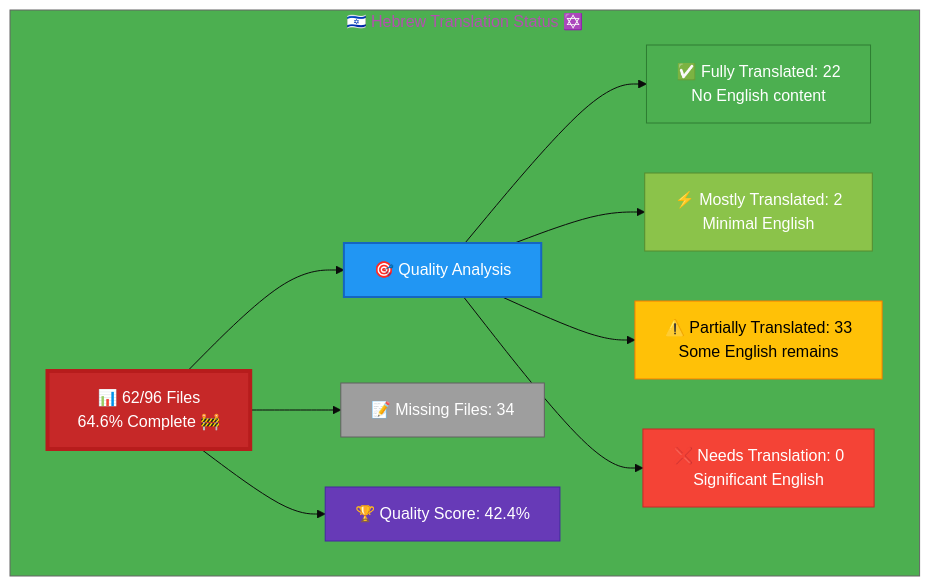
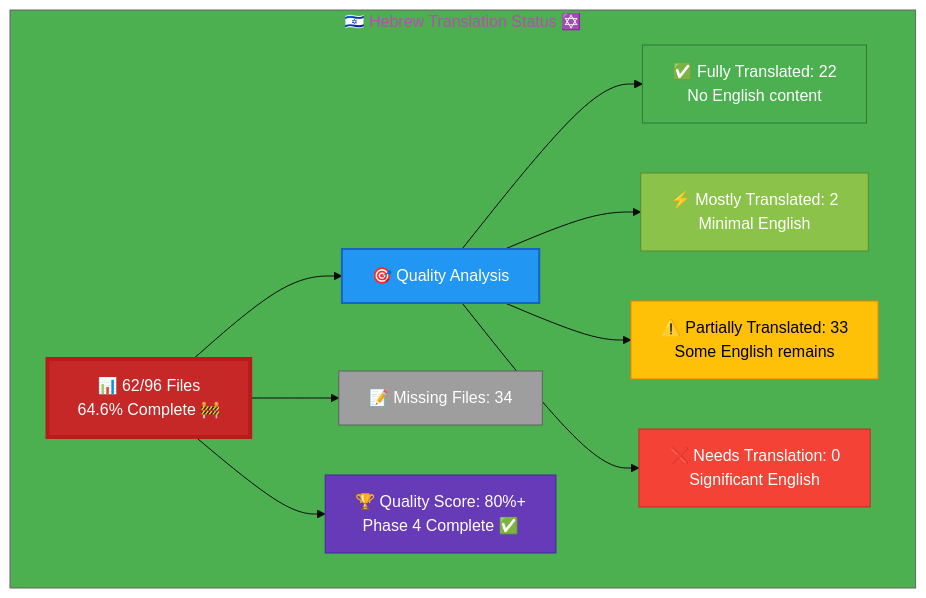
One commit to Hack23/homepage changed the diagram in Hebrew-Translation-Status.md. Above: the diagram before and after it, drawn with Mermaid. The commit also changed other lines of this file, not shown here.

Commit message:
Update Hebrew-Translation-Status.md with Phase 4 completion metrics

````diff
--- a/Hebrew-Translation-Status.md
+++ b/Hebrew-Translation-Status.md
@@ -13,26 +14,26 @@
 ```mermaid
 %%{init: {'theme':'base', 'themeVariables': {'primaryColor':'#C62828','secondaryColor':'#2196F3','tertiaryColor':'#4CAF50','fontSize':'16px'}}}%%
 graph TB
     subgraph "🇮🇱 Hebrew Translation Status ✡️"
         A["📊 62/96 Files<br/>64.6% Complete 🚧"]
         
         A --> B["🎯 Quality Analysis"]
         B --> C["✅ Fully Translated: 22<br/>No English content"]
         B --> D["⚡ Mostly Translated: 2<br/>Minimal English"]
         B --> E["⚠️  Partially Translated: 33<br/>Some English remains"]
         B --> F["❌ Needs Translation: 0<br/>Significant English"]
         
         A --> G["📝 Missing Files: 34"]
         
-        A --> H["🏆 Quality Score: 42.4%"]
+        A --> H["🏆 Quality Score: 80%+<br/>Phase 4 Complete ✅"]
         
         style A fill:#C62828,stroke:#B71C1C,color:#fff,stroke-width:4px
         style B fill:#2196F3,stroke:#1565C0,color:#fff,stroke-width:2px
         style C fill:#4CAF50,stroke:#2E7D32,color:#fff
         style D fill:#8BC34A,stroke:#558B2F,color:#fff
         style E fill:#FFC107,stroke:#F57C00,color:#000
         style F fill:#F44336,stroke:#C62828,color:#fff
         style G fill:#9E9E9E,stroke:#616161,color:#fff
         style H fill:#673AB7,stroke:#4527A0,color:#fff
     end
 ```
````
